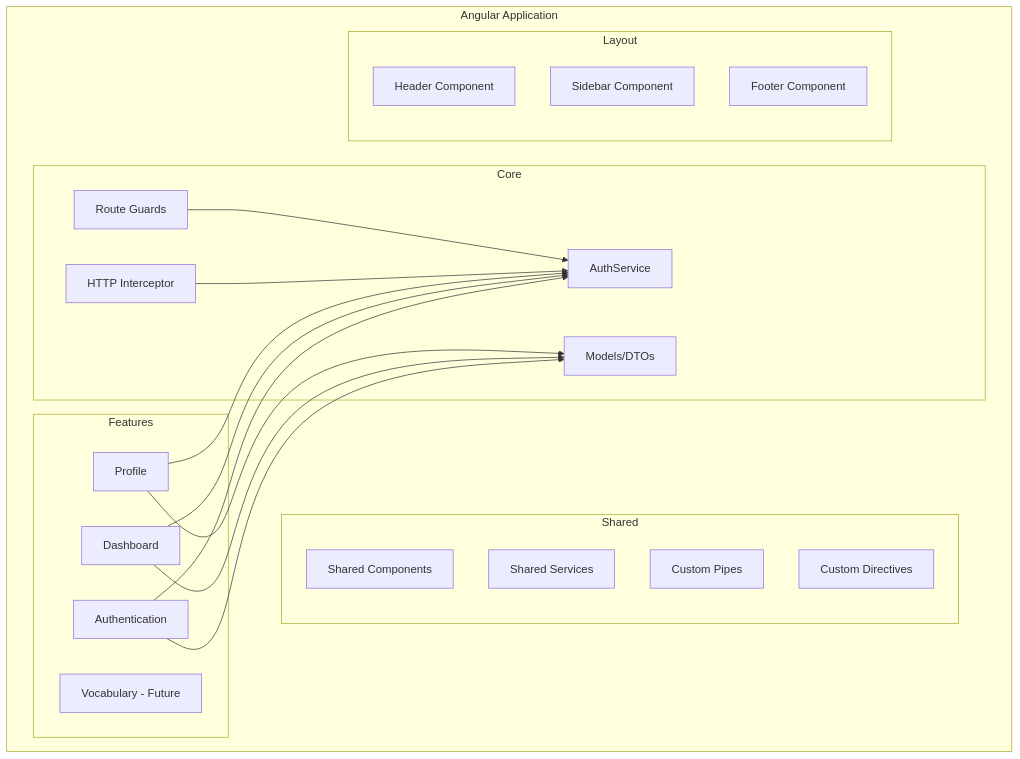
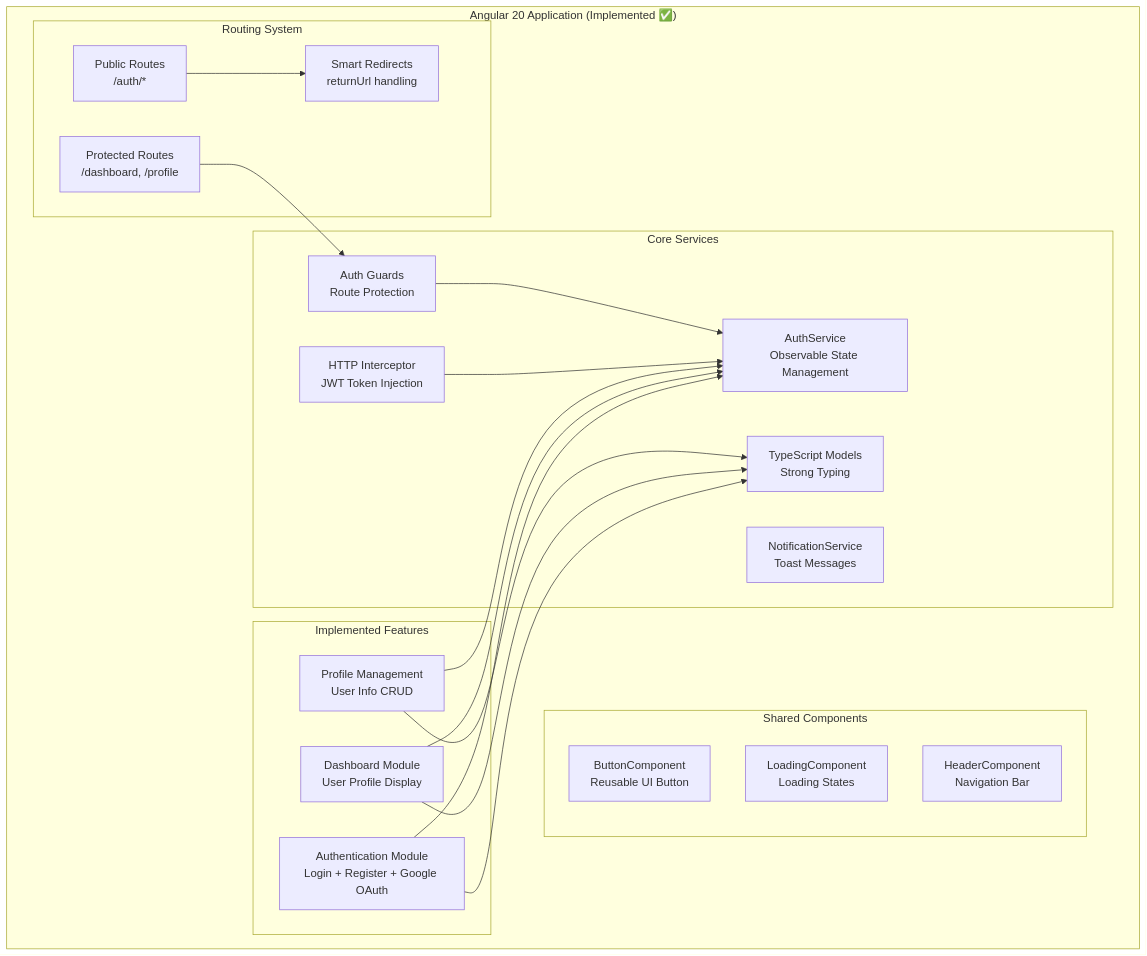
Before and after one commit to mdabdullahfaruque/StudyBridgeBD: diagram 18 of 28 in docs/PROJECT_DOCUMENTATION.md, drawn with Mermaid. The commit also changed other lines of this file and 5 other files, not shown here.

````diff
--- a/docs/PROJECT_DOCUMENTATION.md
+++ b/docs/PROJECT_DOCUMENTATION.md
@@ -795,42 +795,44 @@
 ```mermaid
 graph TB
-    subgraph "Angular Application"
-        subgraph "Core"
-            AUTH_SVC[AuthService]
-            HTTP_INT[HTTP Interceptor]
-            GUARDS[Route Guards]
-            MODELS[Models/DTOs]
+    subgraph "Angular 20 Application (Implemented ✅)"
+        subgraph "Core Services"
+            AUTH_SVC[AuthService<br/>Observable State Management]
+            HTTP_INT[HTTP Interceptor<br/>JWT Token Injection]
+            GUARDS[Auth Guards<br/>Route Protection]
+            MODELS[TypeScript Models<br/>Strong Typing]
+            NOTIFICATION[NotificationService<br/>Toast Messages]
         end
         
-        subgraph "Features"
-            AUTH_COMP[Authentication]
-            DASHBOARD[Dashboard]
-            PROFILE[Profile]
-            VOCAB[Vocabulary - Future]
+        subgraph "Implemented Features"
+            AUTH_COMP[Authentication Module<br/>Login + Register + Google OAuth]
+            DASHBOARD[Dashboard Module<br/>User Profile Display]
+            PROFILE[Profile Management<br/>User Info CRUD]
         end
         
-        subgraph "Shared"
-            COMPONENTS[Shared Components]
-            SERVICES[Shared Services]
-            PIPES[Custom Pipes]
-            DIRECTIVES[Custom Directives]
+        subgraph "Shared Components"
+            BUTTON[ButtonComponent<br/>Reusable UI Button]
+            LOADING[LoadingComponent<br/>Loading States]
+            HEADER[HeaderComponent<br/>Navigation Bar]
         end
         
-        subgraph "Layout"
-            HEADER[Header Component]
-            SIDEBAR[Sidebar Component]
-            FOOTER[Footer Component]
+        subgraph "Routing System"
+            PUBLIC[Public Routes<br/>/auth/*]
+            PROTECTED[Protected Routes<br/>/dashboard, /profile]
+            REDIRECT[Smart Redirects<br/>returnUrl handling]
         end
     end
     
     AUTH_COMP --> AUTH_SVC
     DASHBOARD --> AUTH_SVC
     PROFILE --> AUTH_SVC
     
     HTTP_INT --> AUTH_SVC
     GUARDS --> AUTH_SVC
     
     AUTH_COMP --> MODELS
     DASHBOARD --> MODELS
     PROFILE --> MODELS
+    
+    PROTECTED --> GUARDS
+    PUBLIC --> REDIRECT
 ```
````
